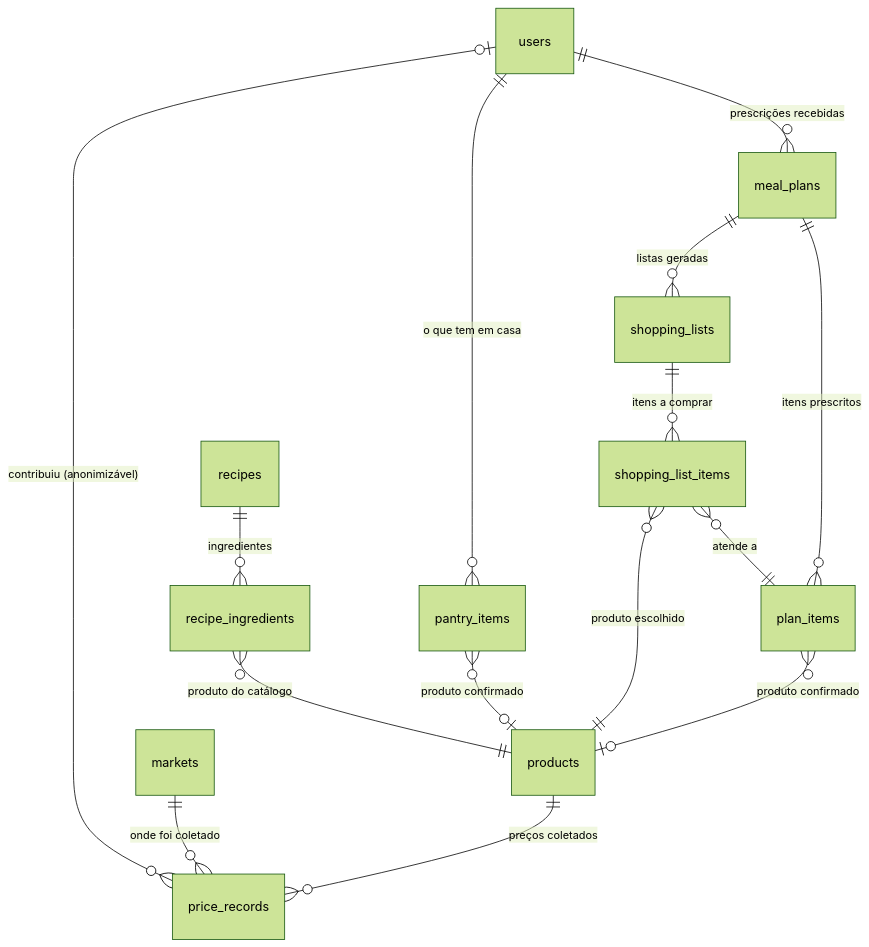
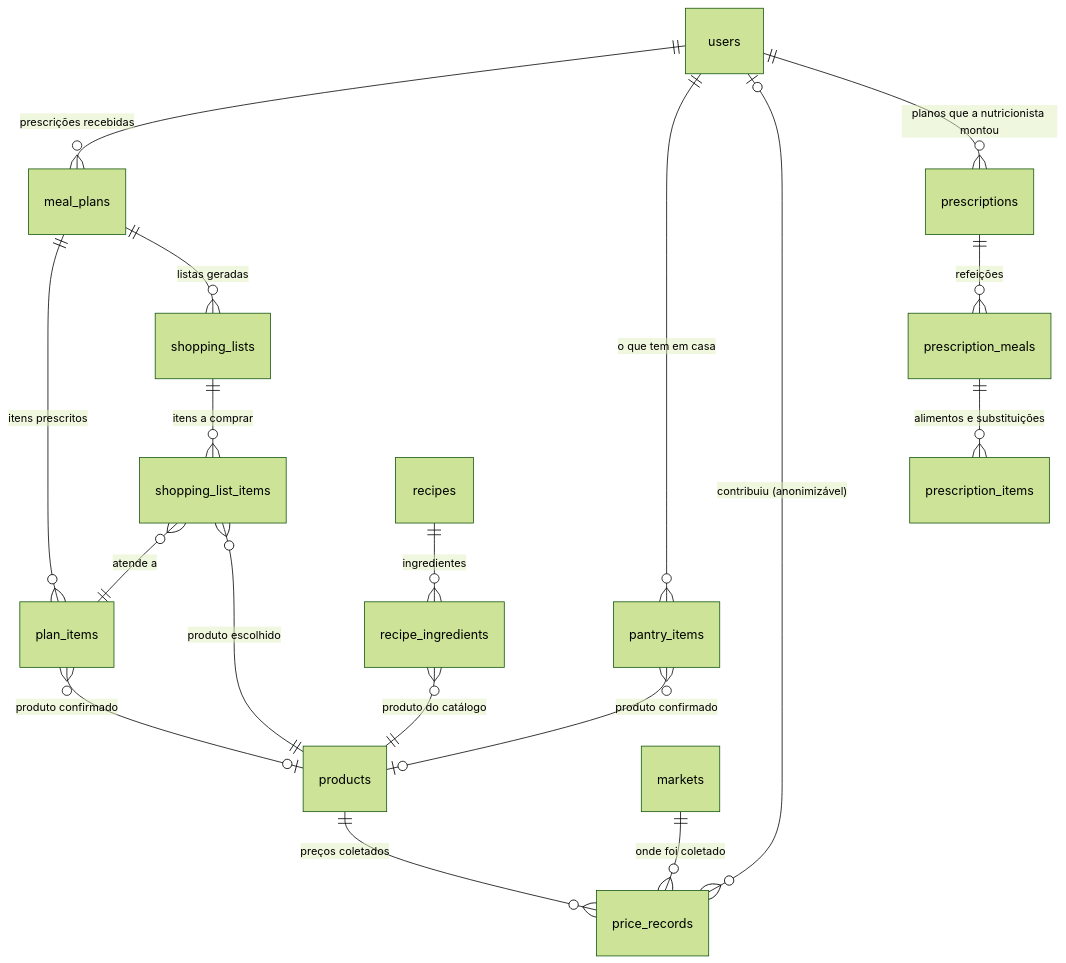
One commit to DaviMaiaF/Decada-store changed the diagram in docs/modelo-dados.md. Above: the diagram before and after it, drawn with Mermaid (forest theme). The commit also changed other lines of this file and 5 other files, not shown here.

````diff
--- a/docs/modelo-dados.md
+++ b/docs/modelo-dados.md
@@ -12,22 +13,26 @@
 ```mermaid
 erDiagram
     users ||--o{ meal_plans : "prescrições recebidas"
     users ||--o{ pantry_items : "o que tem em casa"
     users |o--o{ price_records : "contribuiu (anonimizável)"
+    users ||--o{ prescriptions : "planos que a nutricionista montou"
+
+    prescriptions ||--o{ prescription_meals : "refeições"
+    prescription_meals ||--o{ prescription_items : "alimentos e substituições"
 
     meal_plans ||--o{ plan_items : "itens prescritos"
     meal_plans ||--o{ shopping_lists : "listas geradas"
 
     plan_items }o--o| products : "produto confirmado"
     pantry_items }o--o| products : "produto confirmado"
 
     shopping_lists ||--o{ shopping_list_items : "itens a comprar"
     shopping_list_items }o--|| plan_items : "atende a"
     shopping_list_items }o--|| products : "produto escolhido"
 
     products ||--o{ price_records : "preços coletados"
     markets ||--o{ price_records : "onde foi coletado"
 
     recipes ||--o{ recipe_ingredients : "ingredientes"
     recipe_ingredients }o--|| products : "produto do catálogo"
 ```
````
